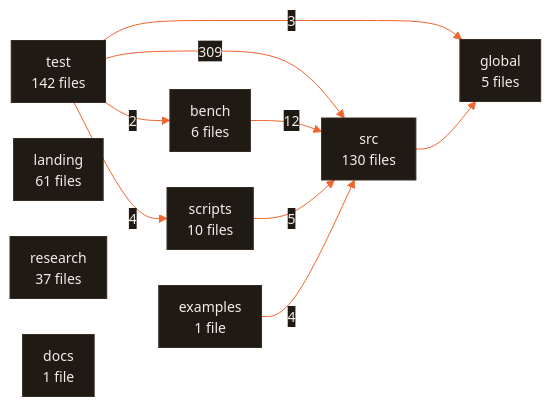
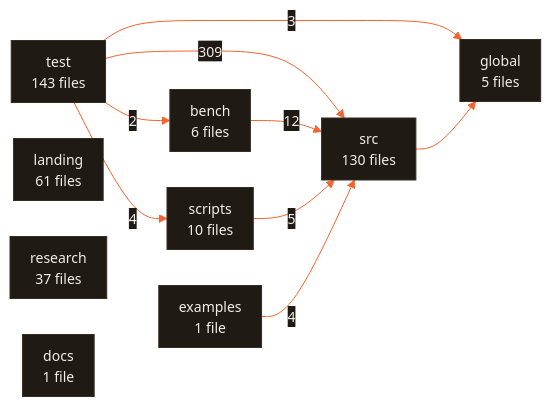
The diagram in ARCHITECTURE.md (CodeWithJuber/forgekit), drawn with Mermaid before and after one commit. The commit also changed 25 other files, not shown here.

````diff
--- a/ARCHITECTURE.md
+++ b/ARCHITECTURE.md
@@ -670,21 +670,21 @@
 ```mermaid
 %%{init: {'theme':'base','themeVariables':{'primaryColor':'#201a15','primaryTextColor':'#f2ede7','primaryBorderColor':'#372c22','lineColor':'#f26430','secondaryColor':'#272019','tertiaryColor':'#171310','edgeLabelBackground':'#201a15','clusterBkg':'#171310','clusterBorder':'#4a3b2e','fontFamily':'ui-sans-serif, system-ui, sans-serif','fontSize':'14px'},'flowchart':{'curve':'basis','padding':10,'nodeSpacing':36,'rankSpacing':44}}}%%
 flowchart LR
-  test["test<br/>142 files"]
+  test["test<br/>143 files"]
   src["src<br/>130 files"]
   landing["landing<br/>61 files"]
   research["research<br/>37 files"]
   scripts["scripts<br/>10 files"]
   bench["bench<br/>6 files"]
   global["global<br/>5 files"]
   docs["docs<br/>1 file"]
   examples["examples<br/>1 file"]
   test -- 309 --> src
   bench -- 12 --> src
   scripts -- 5 --> src
   examples -- 4 --> src
   test -- 4 --> scripts
   test -- 3 --> global
   test -- 2 --> bench
   src --> global
 ```
````
